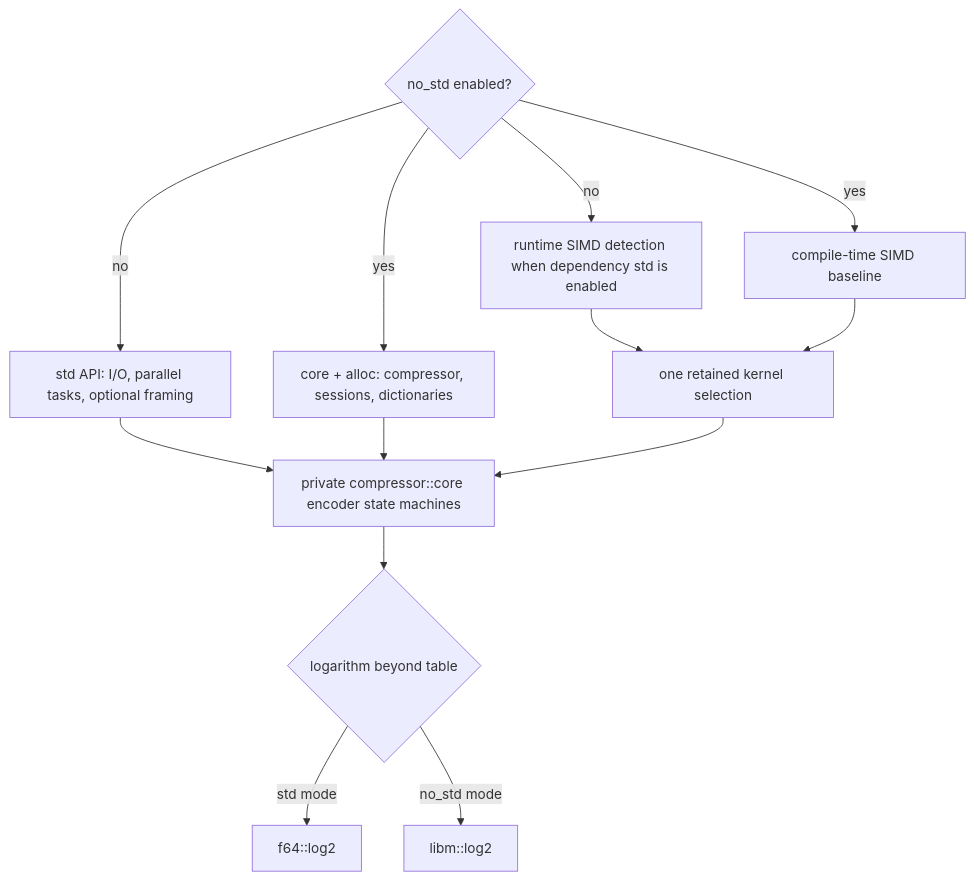
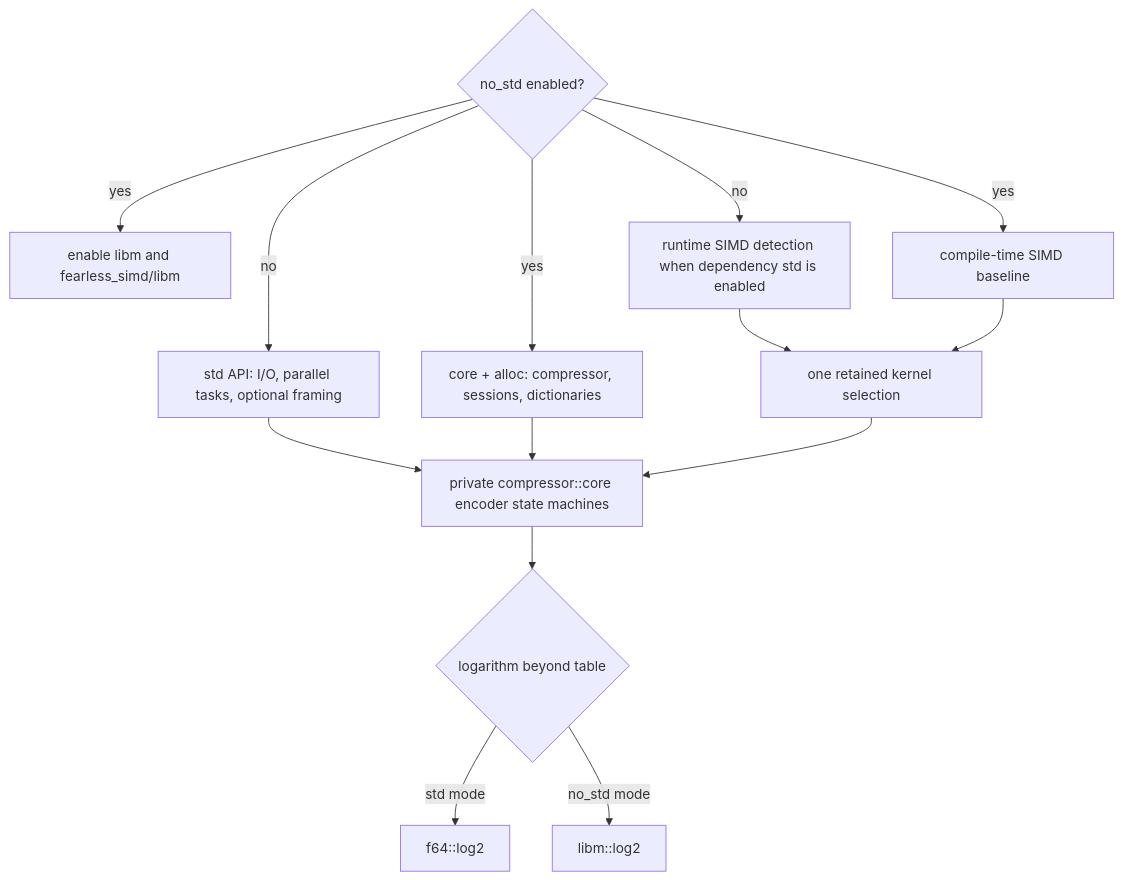
One commit to Mnwa/mbrotli changed the diagram in architecture/no-std.md. Above: the diagram before and after it, drawn with Mermaid. The commit also changed other lines of this file and 3 other files, not shown here.

````diff
--- a/architecture/no-std.md
+++ b/architecture/no-std.md
@@ -15,16 +19,17 @@
 ```mermaid
 flowchart TD
     Feature{no_std enabled?}
     Feature -->|no| Std[std API: I/O, parallel tasks, optional framing]
     Feature -->|yes| Alloc[core + alloc: compressor, sessions, dictionaries]
+    Feature -->|yes| Portable[enable libm and fearless_simd/libm]
     Std --> Engine[private compressor::core encoder state machines]
     Alloc --> Engine
     Feature -->|no| Detect[runtime SIMD detection when dependency std is enabled]
     Feature -->|yes| Baseline[compile-time SIMD baseline]
     Detect --> Dispatch[one retained kernel selection]
     Baseline --> Dispatch
     Dispatch --> Engine
     Engine --> Log{logarithm beyond table}
     Log -->|std mode| Native[f64::log2]
     Log -->|no_std mode| Libm[libm::log2]
 ```
````
